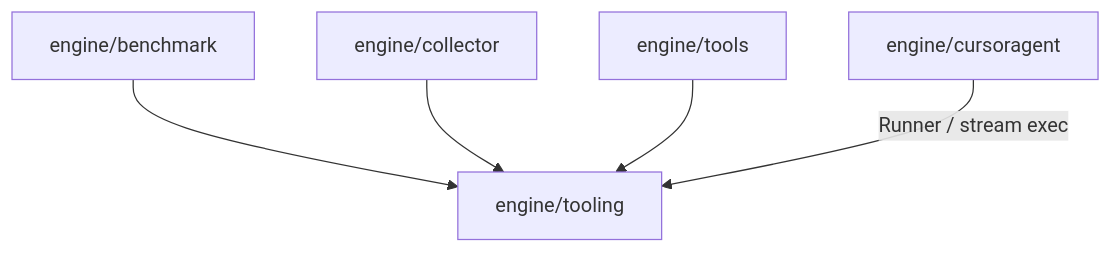
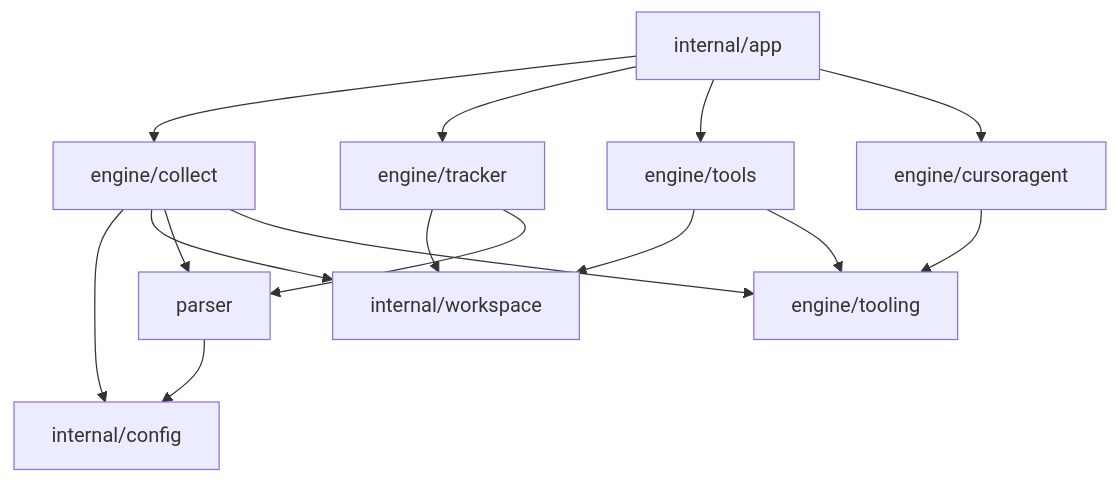
One commit to AlexsanderHamir/prof changed the second of 2 diagrams in CODEBASE_DESIGN.md. Above: the diagram before and after it, drawn with Mermaid. The commit also changed other lines of this file and 117 other files, not shown here.

First line of the commit message:
refactor(architecture): unify collect engine and kernel packages

````diff
--- a/CODEBASE_DESIGN.md
+++ b/CODEBASE_DESIGN.md
@@ -48,12 +47,26 @@
 ```mermaid
 flowchart TB
-  bench["engine/benchmark"]
-  coll["engine/collector"]
+  collect["engine/collect"]
+  track["engine/tracker"]
   tools["engine/tools"]
   agent["engine/cursoragent"]
+  config["internal/config"]
+  ws["internal/workspace"]
   ttool["engine/tooling"]
-  bench --> ttool
-  coll --> ttool
+  parser["parser"]
+  app["internal/app"]
+  app --> collect
+  app --> track
+  app --> tools
+  app --> agent
+  collect --> config
+  collect --> ws
+  collect --> parser
+  collect --> ttool
+  track --> ws
+  track --> parser
+  tools --> ws
   tools --> ttool
-  agent -->|"Runner / stream exec"| ttool
+  agent --> ttool
+  parser --> config
 ```
````
